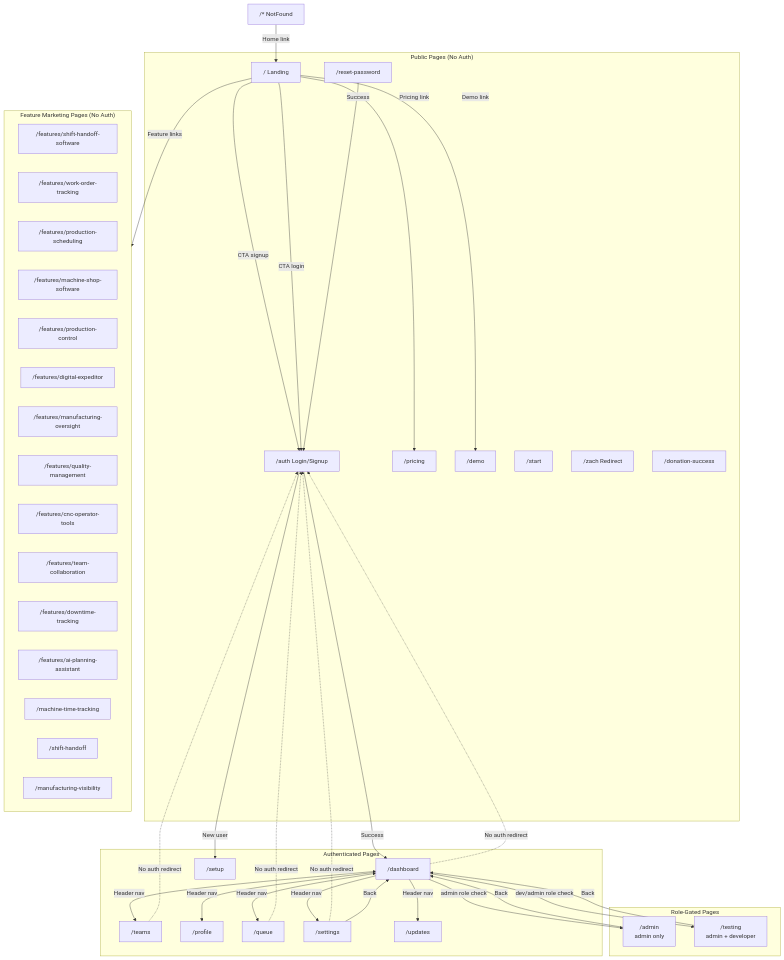
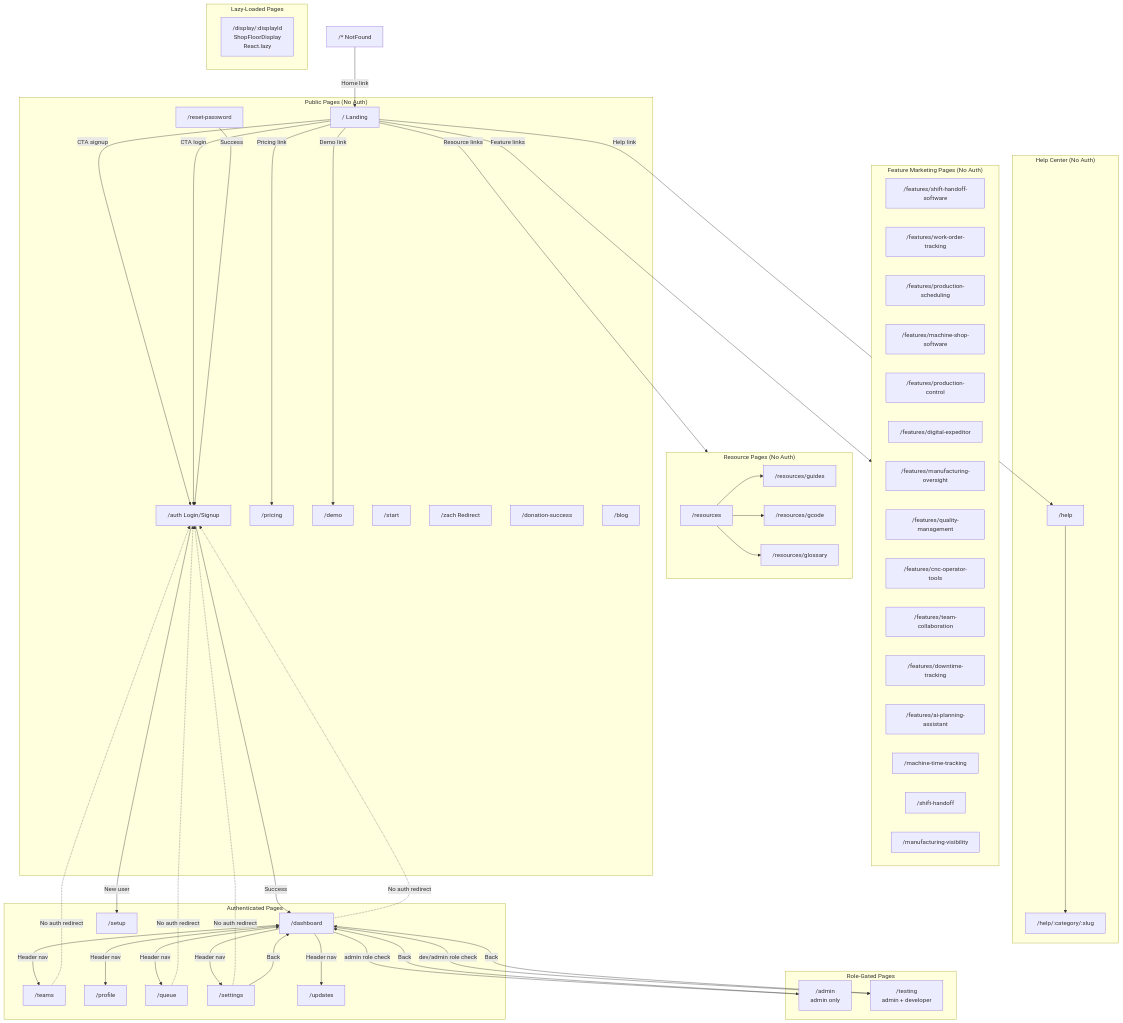
Before and after one commit to WeCr8-Solutions/shift-handover-hub: the diagram in docs/mermaid/fe__sitemap__v01.mmd, drawn with Mermaid. The commit also changed 6 other files, not shown here.

Commit message:
Update Mermaid diagrams

```diff
--- a/docs/mermaid/fe__sitemap__v01.mmd
+++ b/docs/mermaid/fe__sitemap__v01.mmd
@@ -1,84 +1,112 @@
 %% Frontend Sitemap — JobLine.ai
 %% Type: flowchart TD
 %% Shows all routes, auth gates, role gates, and navigation edges
+%% Updated: 2026-03-08
 
 flowchart TD
     subgraph Public["Public Pages (No Auth)"]
         LAND["/  Landing"]
         AUTH["/auth  Login/Signup"]
         RESET["/reset-password"]
         PRICING["/pricing"]
         DEMO["/demo"]
         START["/start"]
         ZACH["/zach  Redirect"]
         DON_OK["/donation-success"]
+        BLOG["/blog"]
     end
 
     subgraph Features["Feature Marketing Pages (No Auth)"]
         F_SH["/features/shift-handoff-software"]
         F_WO["/features/work-order-tracking"]
         F_PS["/features/production-scheduling"]
         F_MS["/features/machine-shop-software"]
         F_PC["/features/production-control"]
         F_DE["/features/digital-expeditor"]
         F_MO["/features/manufacturing-oversight"]
         F_QM["/features/quality-management"]
         F_CNC["/features/cnc-operator-tools"]
         F_TC["/features/team-collaboration"]
         F_DT["/features/downtime-tracking"]
         F_AI["/features/ai-planning-assistant"]
         F_MT["/machine-time-tracking"]
         F_SHO["/shift-handoff"]
         F_MV["/manufacturing-visibility"]
     end
 
+    subgraph Resources["Resource Pages (No Auth)"]
+        RES_IDX["/resources"]
+        RES_GUIDES["/resources/guides"]
+        RES_GCODE["/resources/gcode"]
+        RES_GLOSS["/resources/glossary"]
+    end
+
+    subgraph HelpPages["Help Center (No Auth)"]
+        HELP["/help"]
+        HELP_ART["/help/:category/:slug"]
+    end
+
     subgraph Authed["Authenticated Pages"]
         DASH["/dashboard"]
         TEAMS["/teams"]
         PROFILE["/profile"]
         QUEUE["/queue"]
         SETUP["/setup"]
         SETTINGS["/settings"]
         UPDATES["/updates"]
     end
 
     subgraph Gated["Role-Gated Pages"]
         ADMIN["/admin<br/>admin only"]
         TESTING["/testing<br/>admin + developer"]
     end
 
+    subgraph LazyLoaded["Lazy-Loaded Pages"]
+        DISPLAY["/display/:displayId<br/>ShopFloorDisplay<br/>React.lazy"]
+    end
+
     NOTFOUND["/* NotFound"]
 
     %% Navigation edges
     LAND -->|"CTA signup"| AUTH
     LAND -->|"CTA login"| AUTH
     LAND -->|"Pricing link"| PRICING
     LAND -->|"Demo link"| DEMO
     LAND -->|"Feature links"| Features
+    LAND -->|"Resource links"| Resources
+    LAND -->|"Help link"| HELP
 
     AUTH -->|"Success"| DASH
     AUTH -->|"New user"| SETUP
     RESET -->|"Success"| AUTH
 
     %% Auth gate
     DASH -.->|"No auth redirect"| AUTH
     TEAMS -.->|"No auth redirect"| AUTH
     QUEUE -.->|"No auth redirect"| AUTH
     SETTINGS -.->|"No auth redirect"| AUTH
 
     %% App navigation (header)
     DASH <-->|"Header nav"| QUEUE
     DASH <-->|"Header nav"| TEAMS
     DASH -->|"Header nav"| SETTINGS
     DASH -->|"Header nav"| PROFILE
     DASH -->|"Header nav"| UPDATES
 
     %% Role gates
     DASH -->|"admin role check"| ADMIN
     DASH -->|"dev/admin role check"| TESTING
 
+    %% Resource navigation
+    RES_IDX --> RES_GUIDES
+    RES_IDX --> RES_GCODE
+    RES_IDX --> RES_GLOSS
+
+    %% Help navigation
+    HELP --> HELP_ART
+
     %% Safe exits
     ADMIN -->|"Back"| DASH
     TESTING -->|"Back"| DASH
     NOTFOUND -->|"Home link"| LAND
     SETTINGS -->|"Back"| DASH
```
